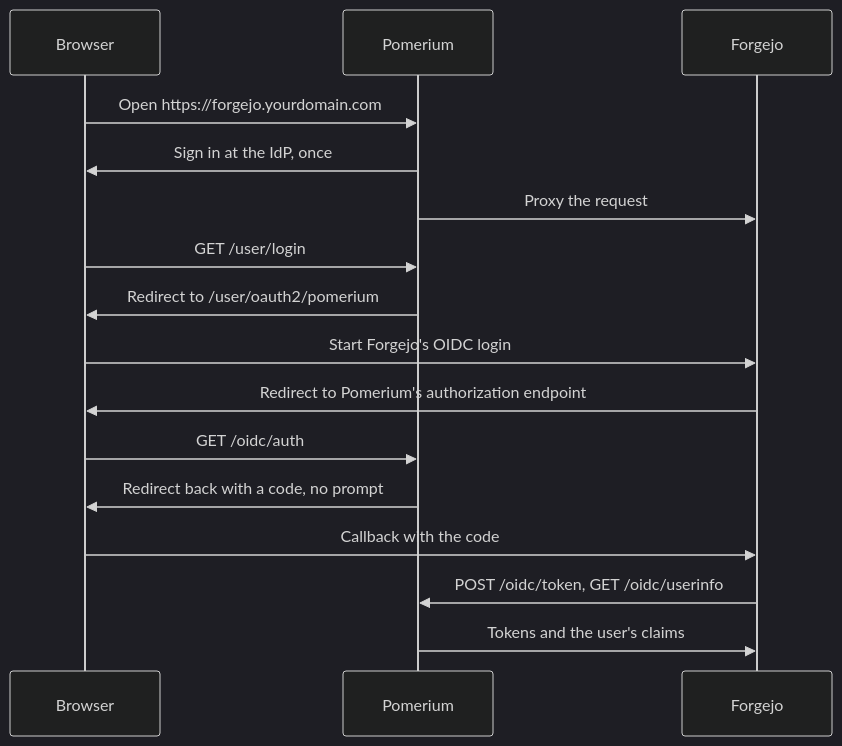
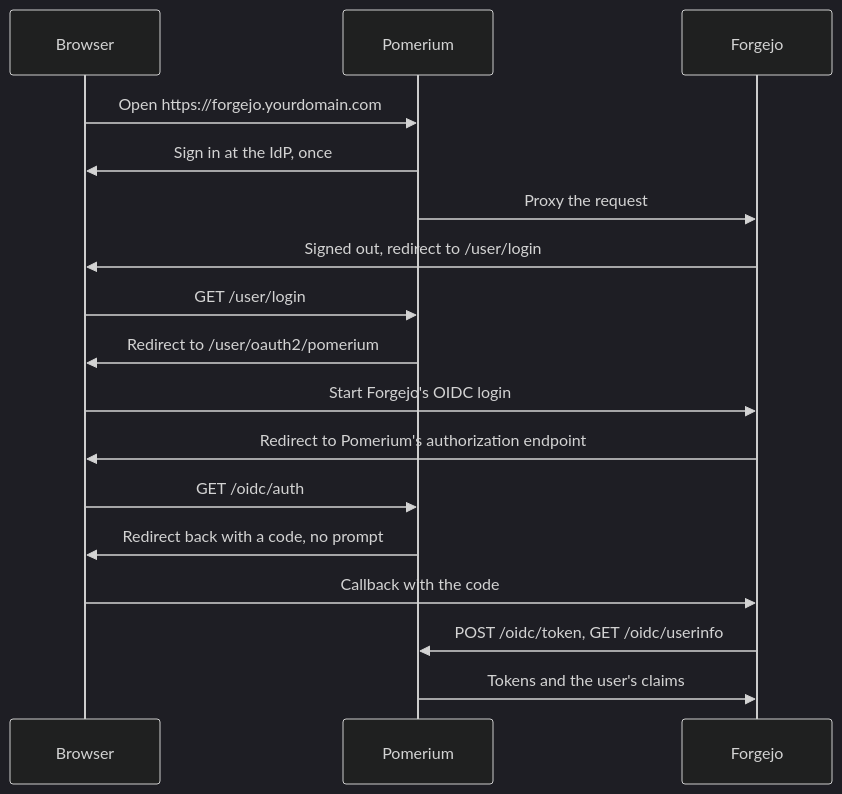
The diagram in content/docs/guides/forgejo.mdx (pomerium/documentation), drawn with Mermaid (dark theme) before and after one commit.

Commit message:
docs(forgejo): show the LANDING_PAGE redirect in the sign-in diagram

````diff
--- a/content/docs/guides/forgejo.mdx
+++ b/content/docs/guides/forgejo.mdx
@@ -34,18 +34,19 @@
 ```mermaid
 sequenceDiagram
   participant B as Browser
   participant P as Pomerium
   participant F as Forgejo
   B->>P: Open https://forgejo.yourdomain.com
   P->>B: Sign in at the IdP, once
   P->>F: Proxy the request
+  F->>B: Signed out, redirect to /user/login
   B->>P: GET /user/login
   P->>B: Redirect to /user/oauth2/pomerium
   B->>F: Start Forgejo's OIDC login
   F->>B: Redirect to Pomerium's authorization endpoint
   B->>P: GET /oidc/auth
   P->>B: Redirect back with a code, no prompt
   B->>F: Callback with the code
   F->>P: POST /oidc/token, GET /oidc/userinfo
   P->>F: Tokens and the user's claims
 ```
````
